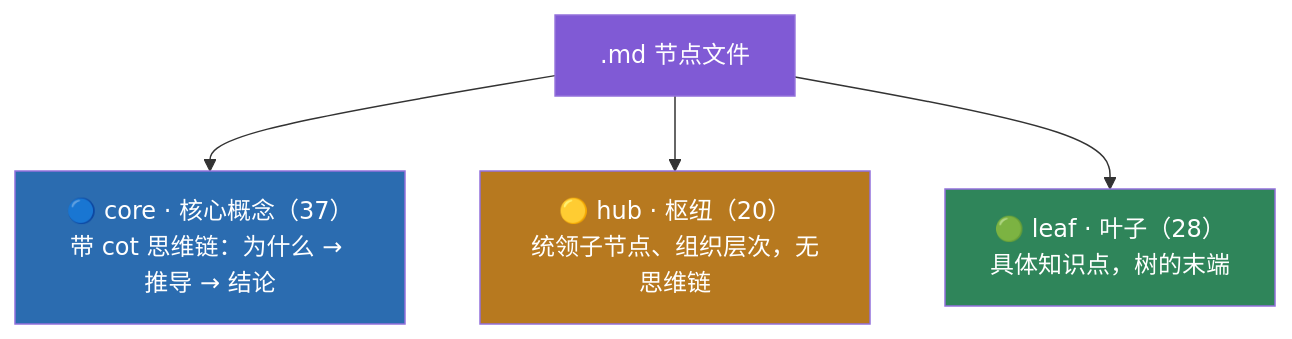
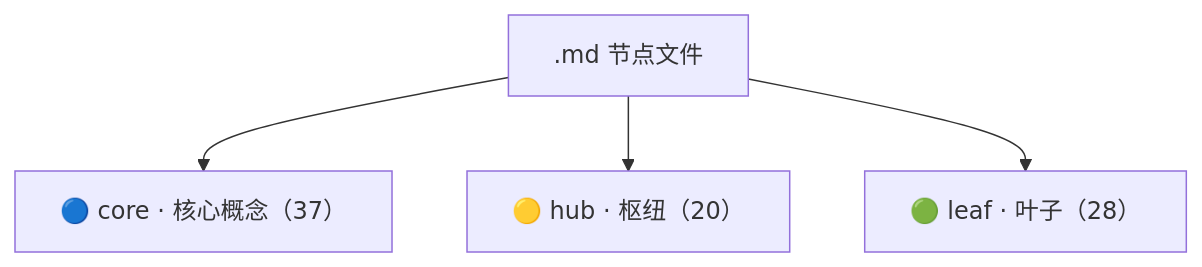
Before and after one commit to Baixiaodou/comm-knowledge-graph: the third of 12 diagrams in README.md, drawn with Mermaid. The commit also changed other lines of this file, not shown here.

Commit message:
docs: 重组 README 结构（目录置顶、快速开始前移、重复章节合并、大图收进折叠块）

````diff
--- a/README.md
+++ b/README.md
@@ -179,10 +158,6 @@
 ```mermaid
 flowchart TB
-    MD[".md 节点文件"] --> CORE["🔵 core · 核心概念（37）<br/>带 cot 思维链：为什么 → 推导 → 结论"]
-    MD --> HUB["🟡 hub · 枢纽（20）<br/>统领子节点、组织层次，无思维链"]
-    MD --> LEAF["🟢 leaf · 叶子（28）<br/>具体知识点，树的末端"]
-    style MD fill:#805ad5,color:#fff
-    style CORE fill:#2b6cb0,color:#fff
-    style HUB fill:#b7791f,color:#fff
-    style LEAF fill:#2f855a,color:#fff
+    MD[".md 节点文件"] --> CORE["🔵 core · 核心概念（37）"]
+    MD --> HUB["🟡 hub · 枢纽（20）"]
+    MD --> LEAF["🟢 leaf · 叶子（28）"]
 ```
````
